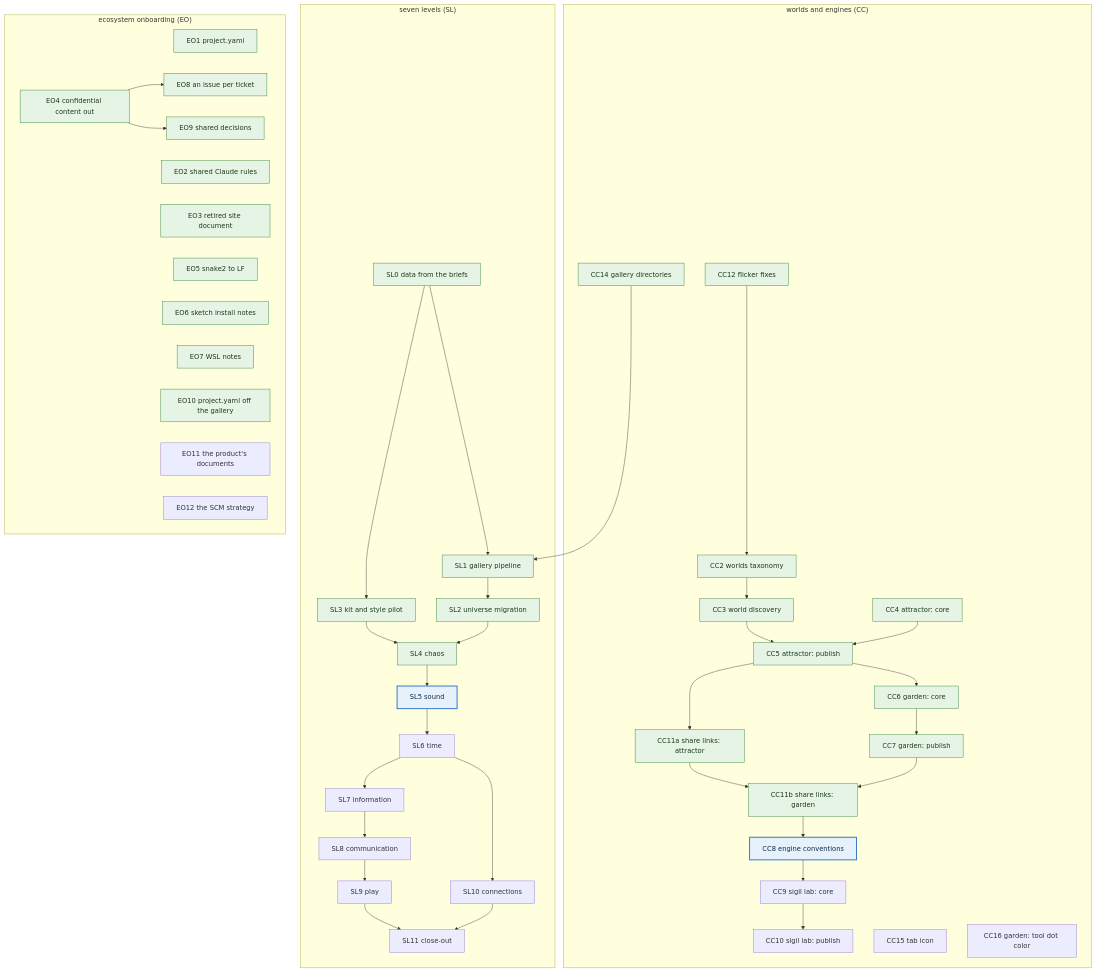
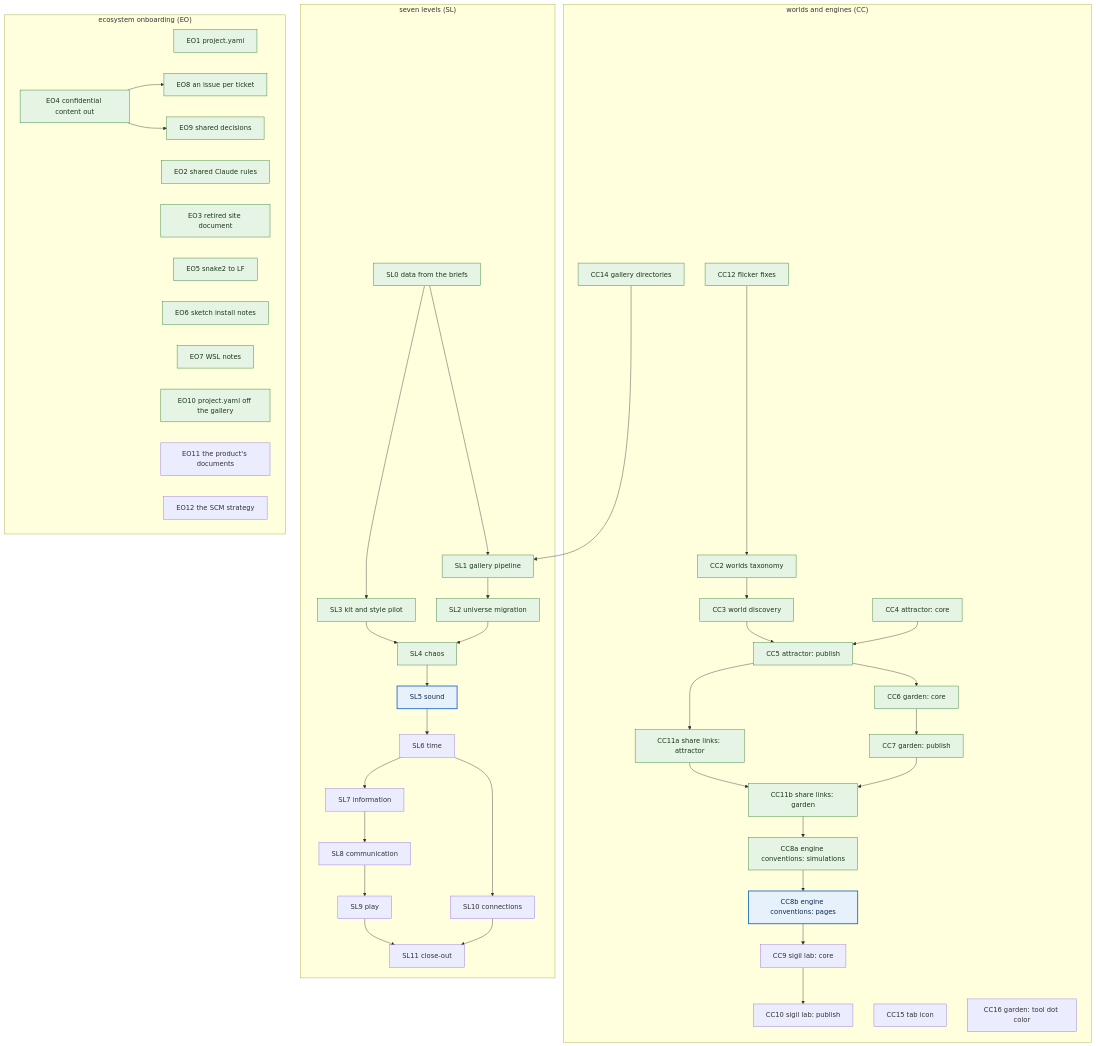
The diagram in dev_plan.md (eigenomarksamy/creative_coding), drawn with Mermaid before and after one commit. The commit also changed other lines of this file and 8 other files, not shown here.

````diff
--- a/dev_plan.md
+++ b/dev_plan.md
@@ -40,55 +40,56 @@
 ```mermaid
 flowchart TD
   %% when a ticket ships, add it to the done class, move the next class to its lane's next ticket, and update the lanes table above
   subgraph CCL["worlds and engines (CC)"]
     CC12["CC12 flicker fixes"] --> CC2["CC2 worlds taxonomy"]
     CC2 --> CC3["CC3 world discovery"]
     CC3 --> CC5["CC5 attractor: publish"]
     CC4["CC4 attractor: core"] --> CC5
     CC5 --> CC11a["CC11a share links: attractor"]
     CC5 --> CC6["CC6 garden: core"]
     CC6 --> CC7["CC7 garden: publish"]
     CC11a --> CC11b["CC11b share links: garden"]
     CC7 --> CC11b
-    CC11b --> CC8["CC8 engine conventions"]
-    CC8 --> CC9["CC9 sigil lab: core"]
+    CC11b --> CC8a["CC8a engine conventions: simulations"]
+    CC8a --> CC8b["CC8b engine conventions: pages"]
+    CC8b --> CC9["CC9 sigil lab: core"]
     CC9 --> CC10["CC10 sigil lab: publish"]
     CC14["CC14 gallery directories"]
     CC15["CC15 tab icon"]
     CC16["CC16 garden: tool dot color"]
   end
   subgraph SLL["seven levels (SL)"]
     SL0["SL0 data from the briefs"] --> SL1["SL1 gallery pipeline"]
     SL0 --> SL3["SL3 kit and style pilot"]
     SL1 --> SL2["SL2 universe migration"]
     SL3 --> SL4["SL4 chaos"]
     SL2 --> SL4
     SL4 --> SL5["SL5 sound"]
     SL5 --> SL6["SL6 time"]
     SL6 --> SL7["SL7 information"]
     SL7 --> SL8["SL8 communication"]
     SL8 --> SL9["SL9 play"]
     SL6 --> SL10["SL10 connections"]
     SL9 --> SL11["SL11 close-out"]
     SL10 --> SL11
   end
   subgraph EOL["ecosystem onboarding (EO)"]
     EO1["EO1 project.yaml"]
     EO2["EO2 shared Claude rules"]
     EO3["EO3 retired site document"]
     EO4["EO4 confidential content out"] --> EO8["EO8 an issue per ticket"]
     EO4 --> EO9["EO9 shared decisions"]
     EO5["EO5 snake2 to LF"]
     EO6["EO6 sketch install notes"]
     EO7["EO7 WSL notes"]
     EO10["EO10 project.yaml off the gallery"]
     EO11["EO11 the product's documents"]
     EO12["EO12 the SCM strategy"]
   end
   CC14 --> SL1
 
   classDef done fill:#e5f4e4,stroke:#2e7d32,color:#1b3a1d
   classDef next fill:#e7f1fb,stroke:#1565c0,stroke-width:2px,color:#0d2b4e
-  class CC12,CC2,CC3,CC4,CC14,CC5,CC11a,CC6,CC7,CC11b,SL0,SL1,SL2,SL3,SL4,EO1,EO4,EO2,EO3,EO9,EO8,EO5,EO6,EO7,EO10 done
-  class CC8,SL5 next
+  class CC12,CC2,CC3,CC4,CC14,CC5,CC11a,CC6,CC7,CC11b,CC8a,SL0,SL1,SL2,SL3,SL4,EO1,EO4,EO2,EO3,EO9,EO8,EO5,EO6,EO7,EO10 done
+  class CC8b,SL5 next
 ```
````
